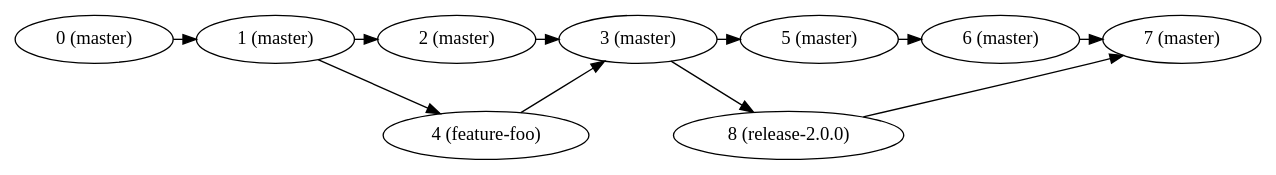
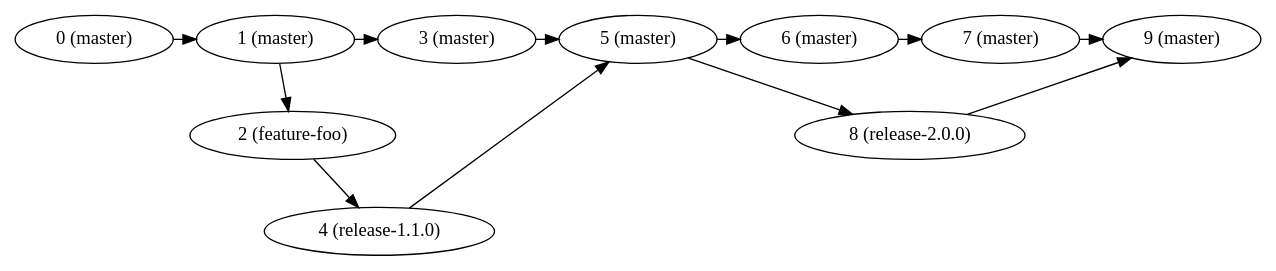
The diagram in images/dot/gitversionexample.dot (cshtarkov/autobump-dissertation), drawn with Graphviz before and after one commit.

Commit message:
More accurate GitVersion graphic

```diff
--- a/images/dot/gitversionexample.dot
+++ b/images/dot/gitversionexample.dot
@@ -1,21 +1,23 @@
 digraph gitversionexample {
     a -> b -> z -> c;
     b -> d;
-    d -> c;
+    d -> q;
+    q -> c;
     c -> y -> e -> f;
     c -> g;
     g -> f;
 
     a [label="0 (master)"]
     b [label="1 (master)"]
-    z [label="2 (master)"]
-    c [label="3 (master)"]
-    d [label="4 (feature-foo)"]
-    y [label="5 (master)"]
-    e [label="6 (master)"]
-    f [label="7 (master)"]
+    z [label="3 (master)"]
+    q [label="4 (release-1.1.0)"]
+    c [label="5 (master)"]
+    d [label="2 (feature-foo)"]
+    y [label="6 (master)"]
+    e [label="7 (master)"]
+    f [label="9 (master)"]
     g [label="8 (release-2.0.0)"]
 
     {rank=same; a b z c y e f}
     {rank=same; d g}
 }
```
